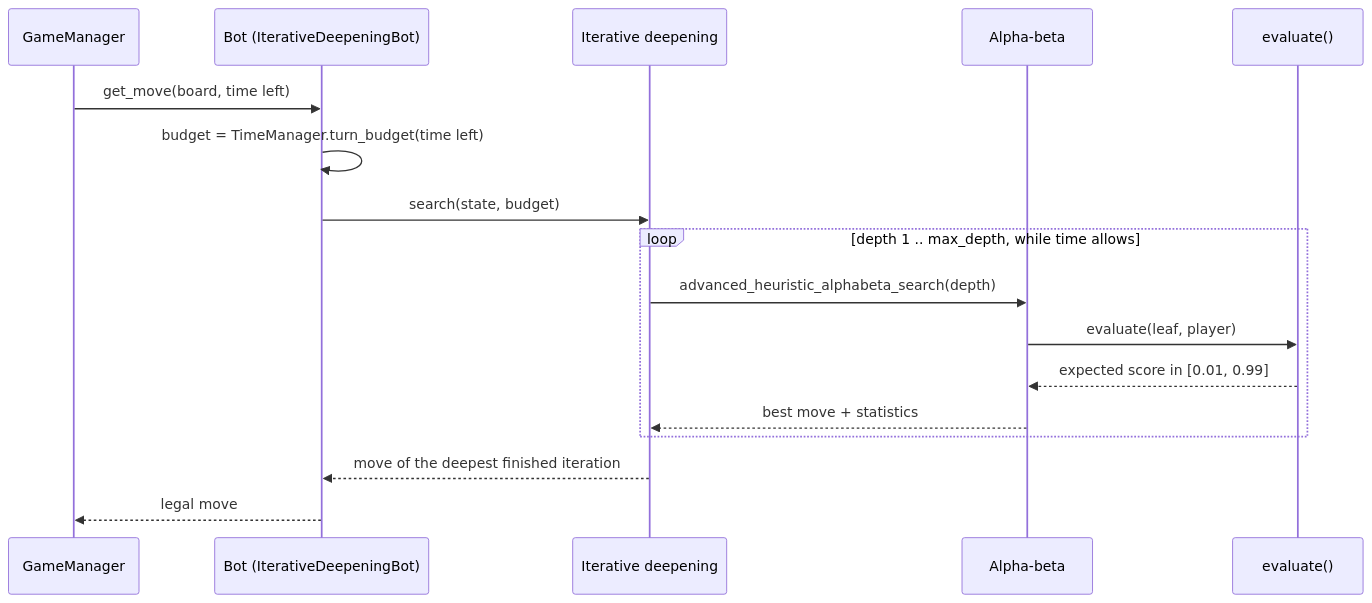
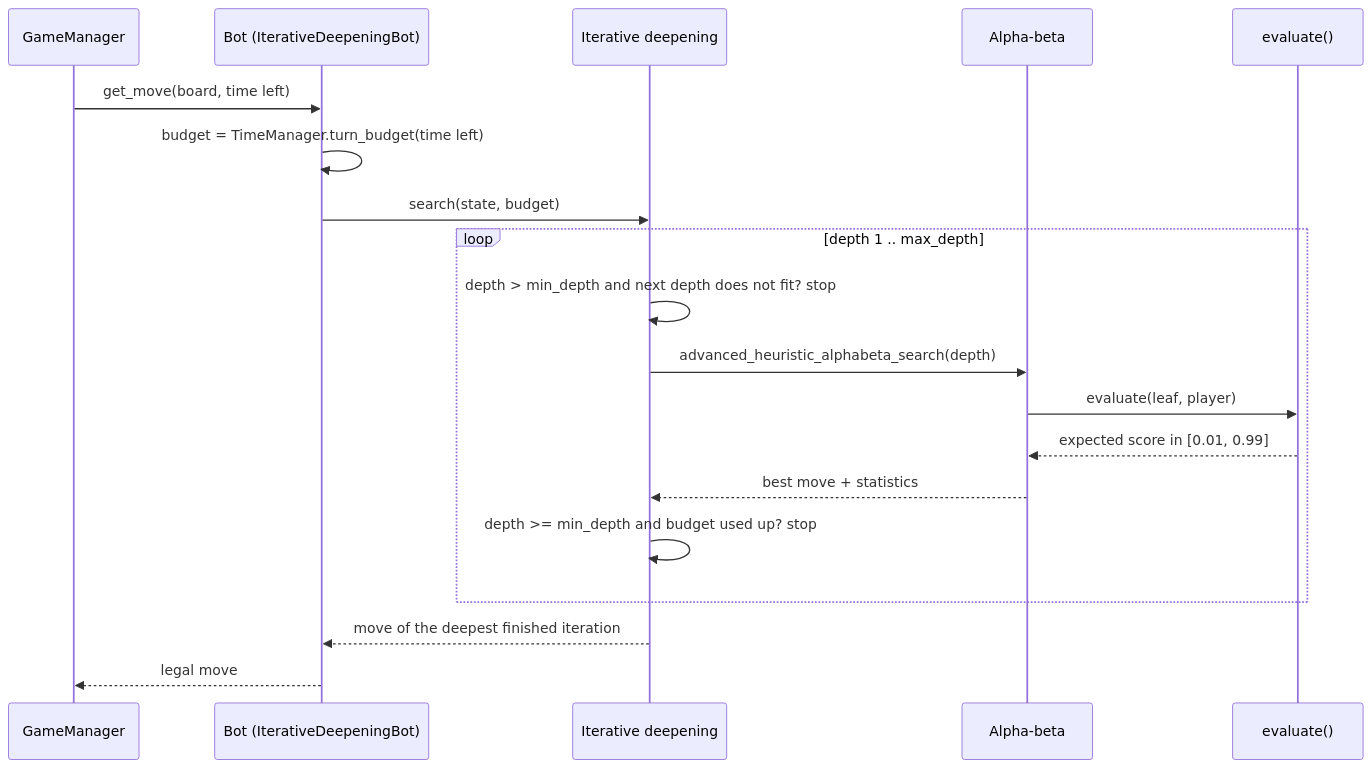
Before and after one commit to JoaquinDeVA/chess-ai-engine: the third of 3 diagrams in docs/ARCHITECTURE.md, drawn with Mermaid. The commit also changed other lines of this file and 4 other files, not shown here.

Commit message:
docs: README, architecture, adding-a-model and index pages rewritten in English (results page pending)

````diff
--- a/docs/ARCHITECTURE.md
+++ b/docs/ARCHITECTURE.md
@@ -100,19 +124,21 @@
 ```mermaid
 sequenceDiagram
     participant G as GameManager
     participant B as Bot (IterativeDeepeningBot)
     participant S as Iterative deepening
     participant A as Alpha-beta
     participant E as evaluate()
     G->>B: get_move(board, time left)
     B->>B: budget = TimeManager.turn_budget(time left)
     B->>S: search(state, budget)
-    loop depth 1 .. max_depth, while time allows
+    loop depth 1 .. max_depth
+        S->>S: depth > min_depth and next depth does not fit? stop
         S->>A: advanced_heuristic_alphabeta_search(depth)
         A->>E: evaluate(leaf, player)
         E-->>A: expected score in [0.01, 0.99]
         A-->>S: best move + statistics
+        S->>S: depth >= min_depth and budget used up? stop
     end
     S-->>B: move of the deepest finished iteration
     B-->>G: legal move
 ```
````
